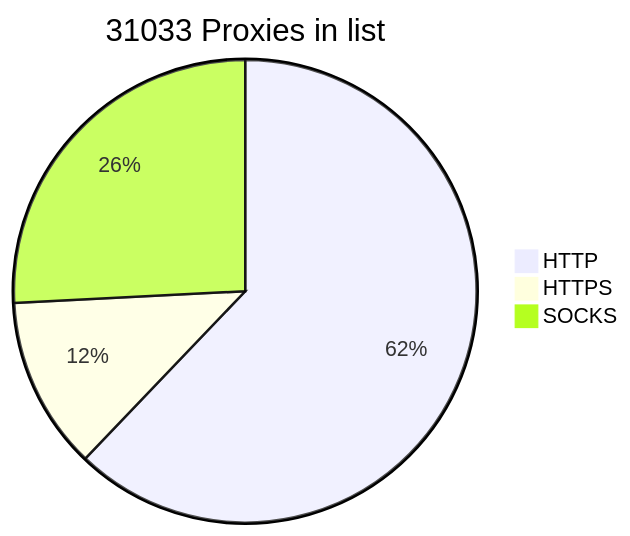
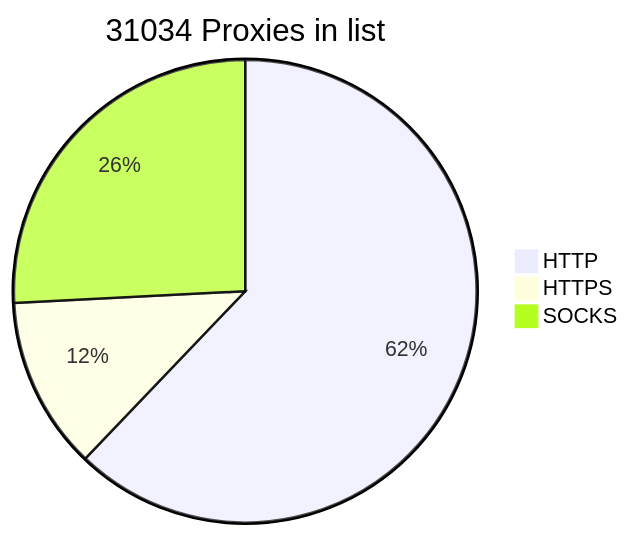
Before and after one commit to BlackSnowDot/proxylist-update-every-minute: the diagram in README.md, drawn with Mermaid.

````diff
--- a/README.md
+++ b/README.md
@@ -2,6 +2,6 @@
 ```mermaid
-pie title 31033 Proxies in list
+pie title 31034 Proxies in list
     "HTTP" : 21195
-    "HTTPS": 4114
+    "HTTPS": 4115
     "SOCKS" : 8801
 ```
````
